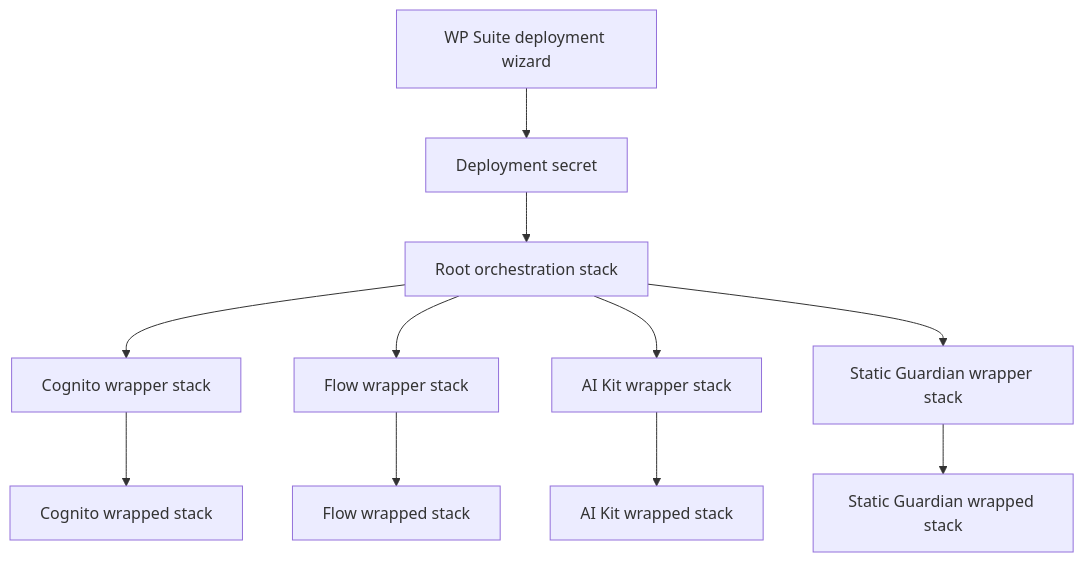
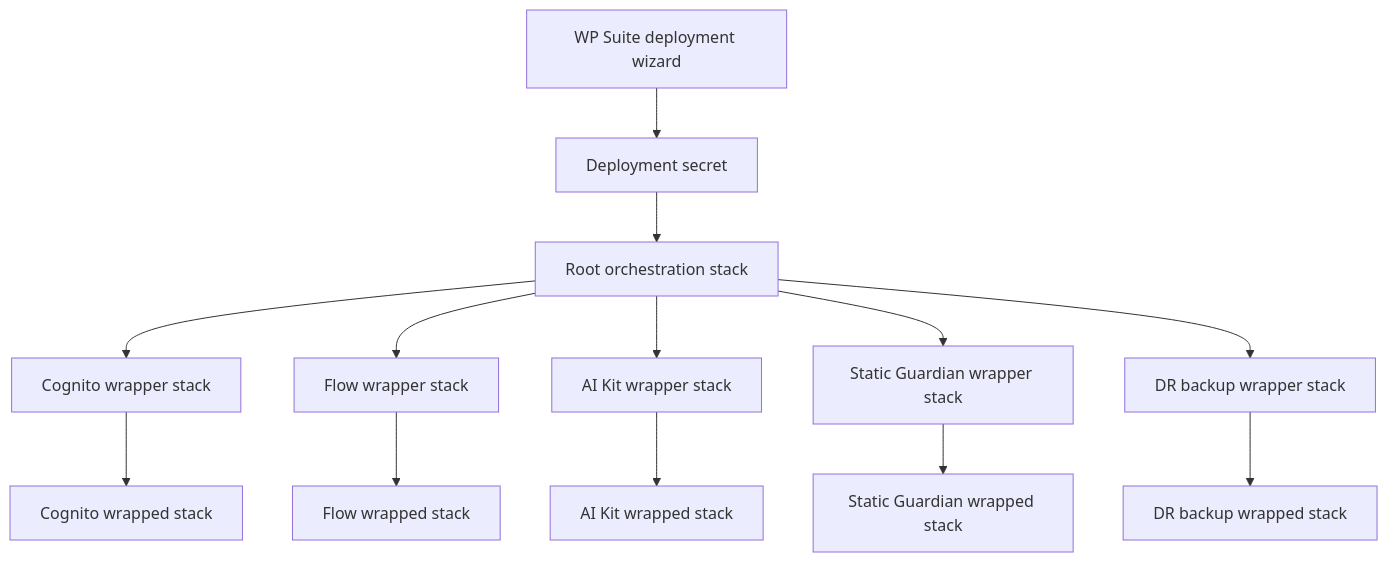
One commit to smartcloudsol/wpsuite-deployment-templates changed the diagram in docs/architecture.md. Above: the diagram before and after it, drawn with Mermaid. The commit also changed other lines of this file and 14 other files, not shown here.

````diff
--- a/docs/architecture.md
+++ b/docs/architecture.md
@@ -13,13 +13,15 @@
 ```mermaid
 flowchart TD
     Wizard["WP Suite deployment wizard"] --> Secret["Deployment secret"]
     Secret --> Root["Root orchestration stack"]
     Root --> CognitoWrapper["Cognito wrapper stack"]
     Root --> FlowWrapper["Flow wrapper stack"]
     Root --> AiKitWrapper["AI Kit wrapper stack"]
     Root --> GuardianWrapper["Static Guardian wrapper stack"]
+    Root --> DrBackupWrapper["DR backup wrapper stack"]
     CognitoWrapper --> CognitoWrapped["Cognito wrapped stack"]
     FlowWrapper --> FlowWrapped["Flow wrapped stack"]
     AiKitWrapper --> AiKitWrapped["AI Kit wrapped stack"]
     GuardianWrapper --> GuardianWrapped["Static Guardian wrapped stack"]
+    DrBackupWrapper --> DrBackupWrapped["DR backup wrapped stack"]
 ```
````
